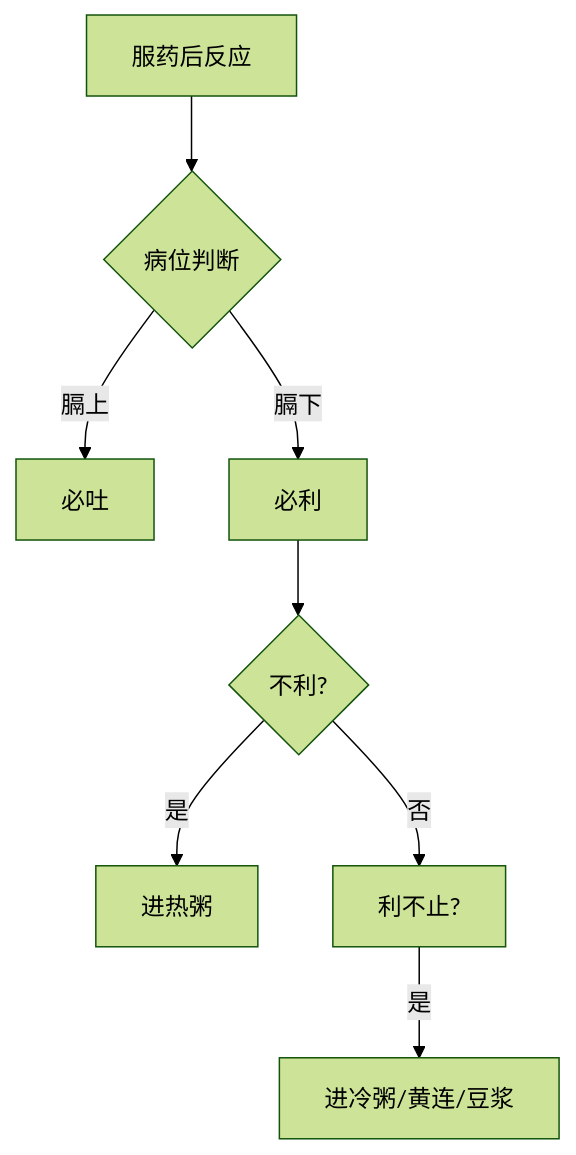
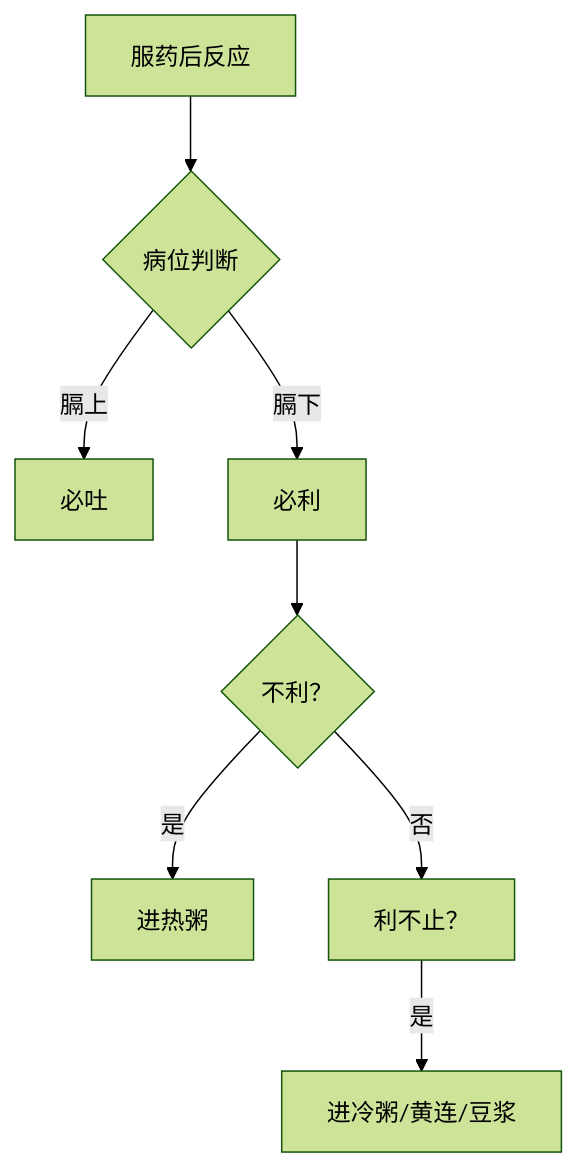
One commit to acuherb/acuherb.github.io changed the diagram in posts/shanghanlun-156/index.md. Above: the diagram before and after it, drawn with Mermaid (forest theme). The commit also changed 697 other files, not shown here.

````diff
--- a/posts/shanghanlun-156/index.md
+++ b/posts/shanghanlun-156/index.md
@@ -136,10 +136,10 @@
   ```mermaid
   graph TD
     A[服药后反应] --> B{病位判断}
     B -->|膈上| C[必吐]
     B -->|膈下| D[必利]
-    D --> E{不利?}
+    D --> E{不利？}
     E -->|是| F[进热粥]
-    E -->|否| G[利不止?]
+    E -->|否| G[利不止？]
     G -->|是| H[进冷粥/黄连/豆浆]
   ```
````
